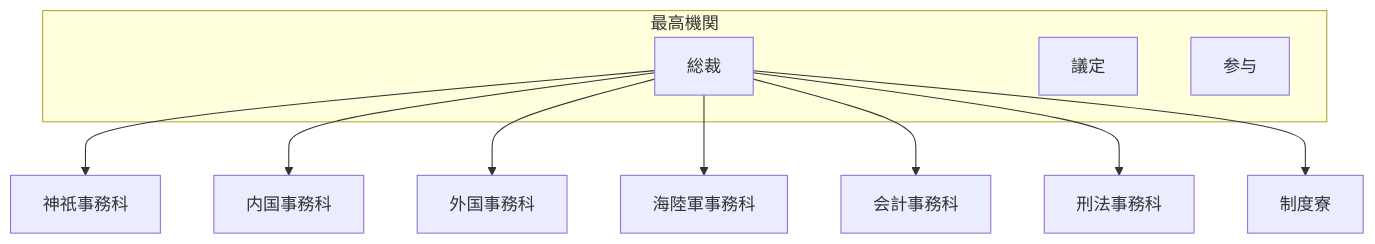
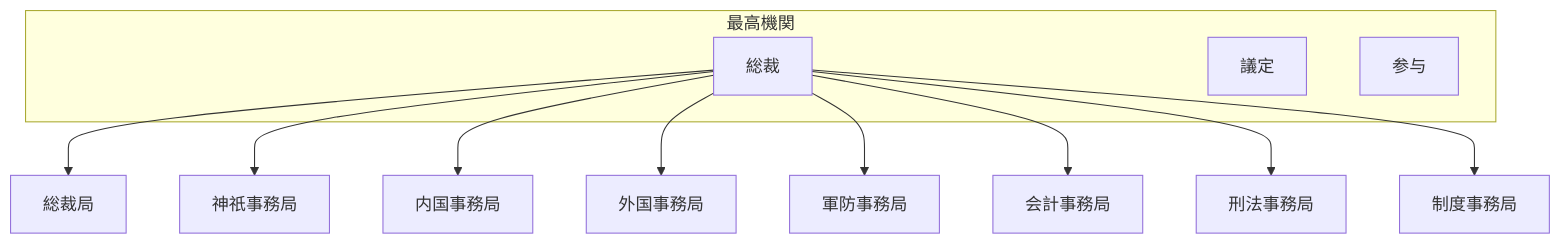
Before and after one commit to tatemaru/jp-admin-org-chart: the diagram in README.md, drawn with Mermaid. The commit also changed other lines of this file, not shown here.

Commit message:
feat(三職): 三職八局制とする
根拠: 官制改正
施行: 1868-02-25（慶応4年2月3日）
出典: JACAR 年表 history1

種別: 再編
備考: Git日付制約のため AuthorDate/CommitDate は 1970-01-02

````diff
--- a/README.md
+++ b/README.md
@@ -9,22 +9,24 @@
 ```mermaid
 flowchart TB
   subgraph top["最高機関"]
     S["総裁"]
     G["議定"]
     P["参与"]
   end
-  Jingi["神祇事務科"]
+  Sosai["総裁局"]
+  S --> Sosai
+  Jingi["神祇事務局"]
   S --> Jingi
-  Naikoku["内国事務科"]
+  Naikoku["内国事務局"]
   S --> Naikoku
-  Gaikoku["外国事務科"]
+  Gaikoku["外国事務局"]
   S --> Gaikoku
-  Kai["海陸軍事務科"]
-  S --> Kai
-  Kaikei["会計事務科"]
+  Gunbo["軍防事務局"]
+  S --> Gunbo
+  Kaikei["会計事務局"]
   S --> Kaikei
-  Keiho["刑法事務科"]
+  Keiho["刑法事務局"]
   S --> Keiho
-  Seido["制度寮"]
+  Seido["制度事務局"]
   S --> Seido
 ```
````
